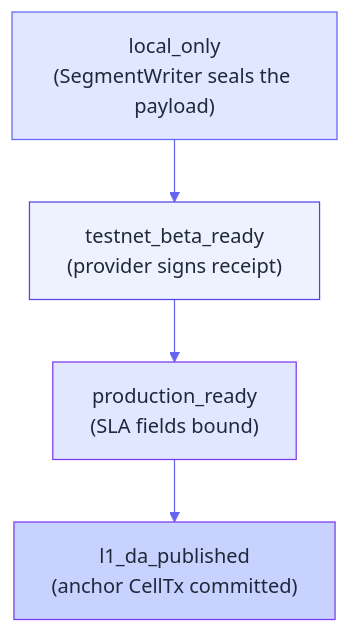
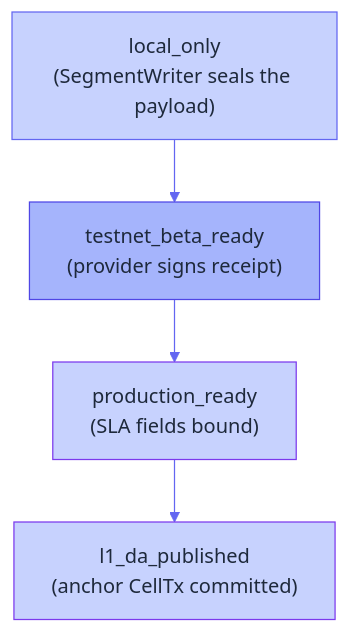
Before and after one commit to Myelin-Labs/Myelin: the first of 3 diagrams in docs/interactions/da-flow.md, drawn with Mermaid. The commit also changed other lines of this file and 31 other files, not shown here.

````diff
--- a/docs/interactions/da-flow.md
+++ b/docs/interactions/da-flow.md
@@ -33,25 +33,25 @@
 ```mermaid
 %%{init: {
   "theme": "base",
   "themeVariables": {
-    "primaryColor": "#EEF2FF",
+    "primaryColor": "#A5B4FC",
     "primaryTextColor": "#1E293B",
     "primaryBorderColor": "#4F46E5",
     "lineColor": "#6366F1",
-    "secondaryColor": "#E0E7FF",
+    "secondaryColor": "#C7D2FE",
     "tertiaryColor": "#C7D2FE"
   }
 }}%%
 flowchart TB
     L1["local_only<br/>(SegmentWriter seals the payload)"]:::r1
     L2["testnet_beta_ready<br/>(provider signs receipt)"]:::r2
     L3["production_ready<br/>(SLA fields bound)"]:::r3
     L4["l1_da_published<br/>(anchor CellTx committed)"]:::r4
 
     L1 --> L2 --> L3 --> L4
 
-    classDef r1 fill:#E0E7FF,stroke:#6366F1,color:#1E293B;
-    classDef r2 fill:#EEF2FF,stroke:#4F46E5,color:#1E293B;
-    classDef r3 fill:#E0E7FF,stroke:#7C3AED,color:#1E293B;
+    classDef r1 fill:#C7D2FE,stroke:#6366F1,color:#1E293B;
+    classDef r2 fill:#A5B4FC,stroke:#4F46E5,color:#1E293B;
+    classDef r3 fill:#C7D2FE,stroke:#7C3AED,color:#1E293B;
     classDef r4 fill:#C7D2FE,stroke:#7C3AED,color:#1E293B;
 ```
````
